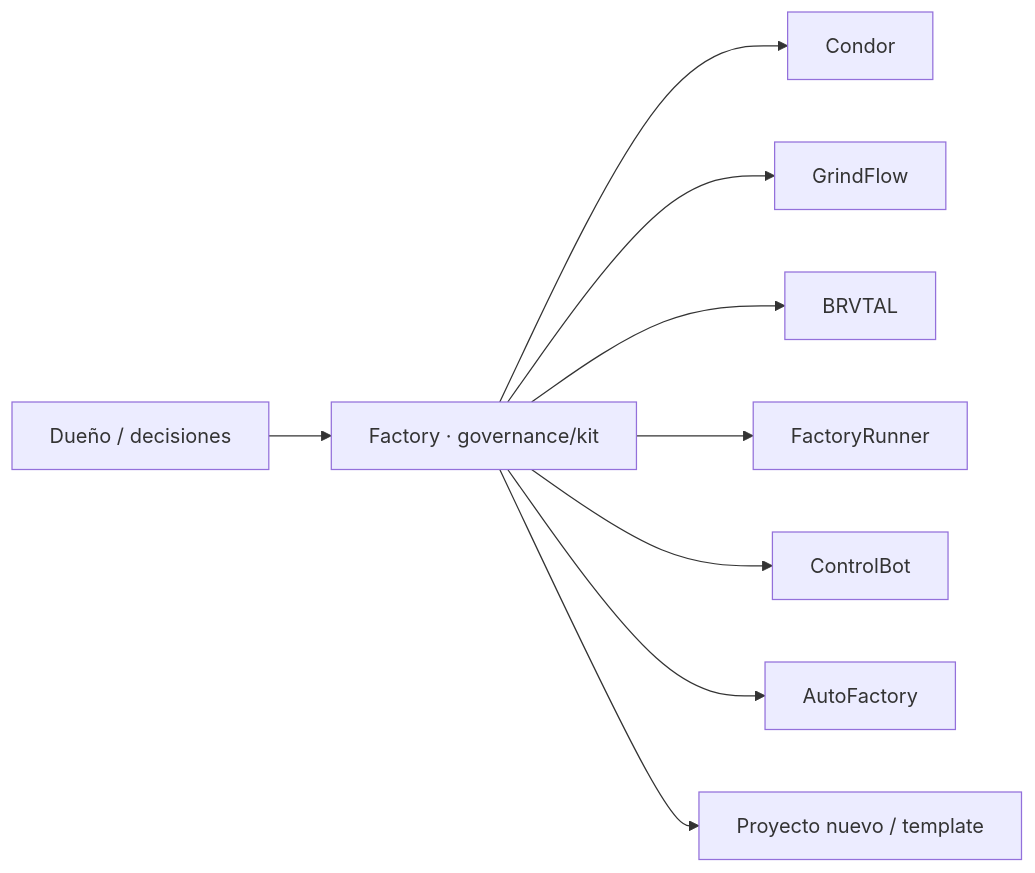
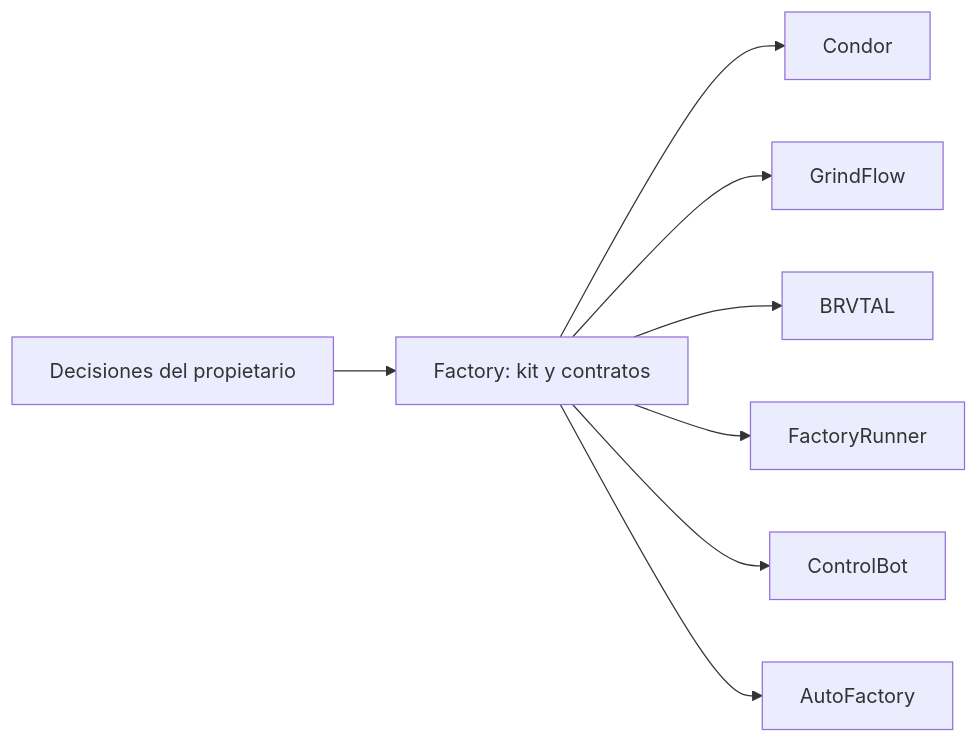
One commit to pl0n3r/Factory changed the diagram in README.md. Above: the diagram before and after it, drawn with Mermaid. The commit also changed other lines of this file and 1 other file, not shown here.

Commit message:
docs(readme): adoptar Contract v2 en Factory (#1459)

````diff
--- a/README.md
+++ b/README.md
@@ -45,11 +33,10 @@
 ```mermaid
 flowchart LR
-    O["Dueño / decisiones"] --> F["Factory · governance/kit"]
+    O["Decisiones del propietario"] --> F["Factory: kit y contratos"]
     F --> C["Condor"]
     F --> G["GrindFlow"]
     F --> B["BRVTAL"]
     F --> R["FactoryRunner"]
     F --> CB["ControlBot"]
     F --> AF["AutoFactory"]
-    F --> N["Proyecto nuevo / template"]
 ```
````
